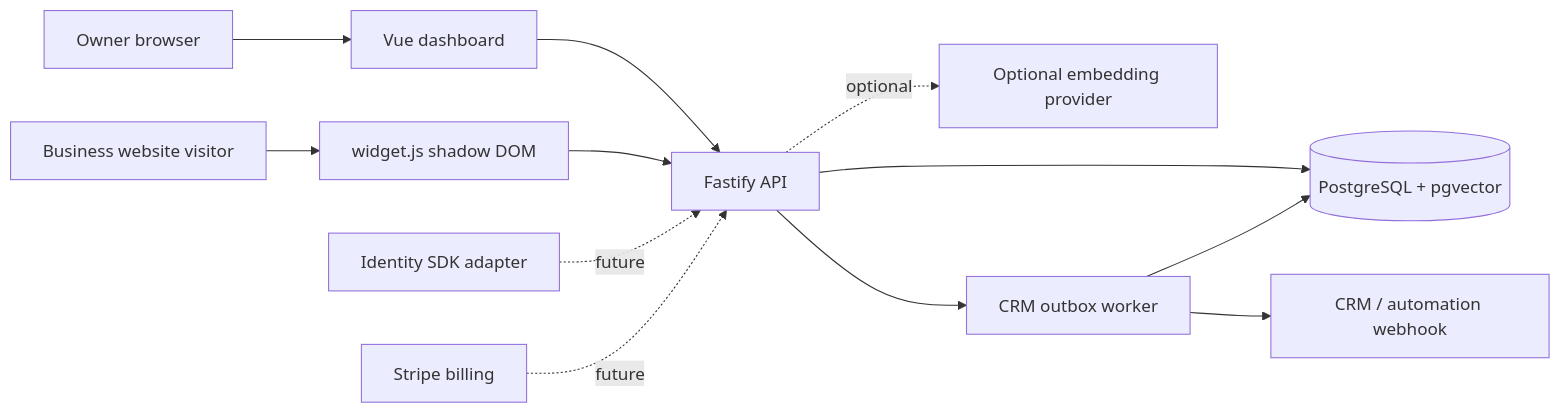
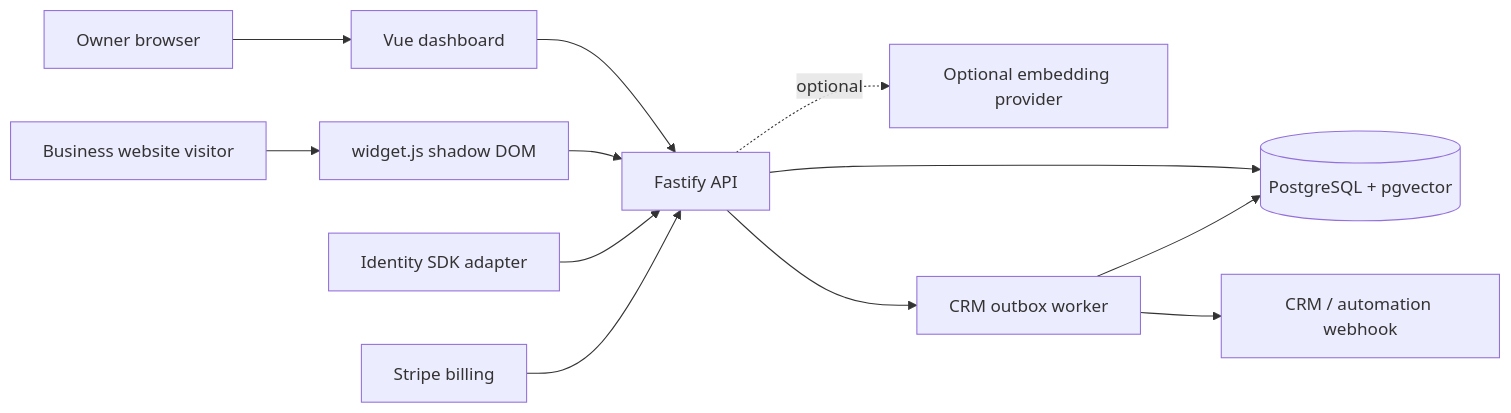
Before and after one commit to Sudo-Programmer-Official/frontdeskwise: the first of 4 diagrams in docs/architecture.md, drawn with Mermaid. The commit also changed other lines of this file and 18 other files, not shown here.

````diff
--- a/docs/architecture.md
+++ b/docs/architecture.md
@@ -18,26 +18,26 @@
 ```mermaid
 flowchart LR
   owner["Owner browser"]
   visitor["Business website visitor"]
   dashboard["Vue dashboard"]
   widget["widget.js shadow DOM"]
   api["Fastify API"]
   database[("PostgreSQL + pgvector")]
   embeddings["Optional embedding provider"]
   outbox["CRM outbox worker"]
   crm["CRM / automation webhook"]
   identity["Identity SDK adapter"]
   billing["Stripe billing"]
 
   owner --> dashboard
   visitor --> widget
   dashboard --> api
   widget --> api
   api --> database
   api --> outbox
   outbox --> database
   outbox --> crm
   api -. optional .-> embeddings
-  identity -. future .-> api
-  billing -. future .-> api
+  identity --> api
+  billing --> api
 ```
````
